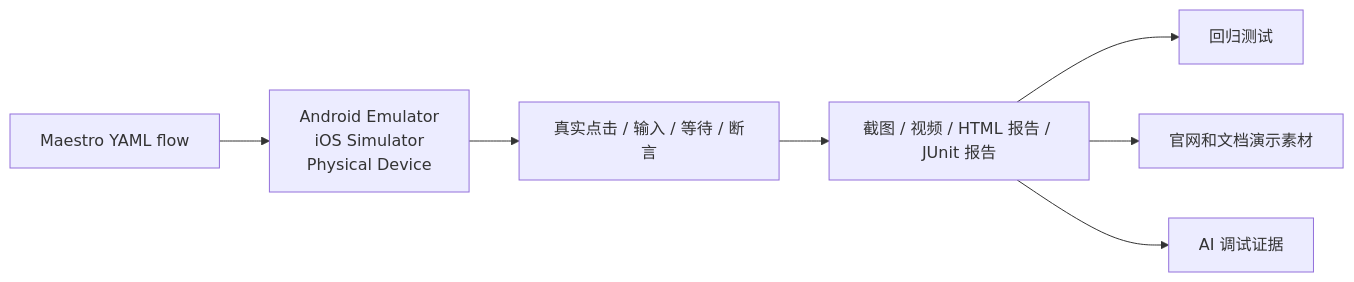
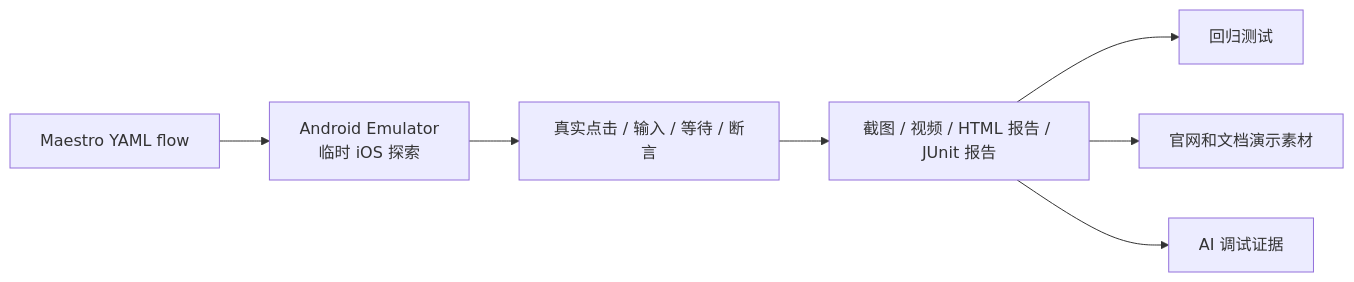
One commit to swarm-apps/SwarmDrop changed the first of 5 diagrams in mobile/dev-notes/blogs/maestro-mobile-e2e.md. Above: the diagram before and after it, drawn with Mermaid. The commit also changed other lines of this file and 13 other files, not shown here.

````diff
--- a/mobile/dev-notes/blogs/maestro-mobile-e2e.md
+++ b/mobile/dev-notes/blogs/maestro-mobile-e2e.md
@@ -19,9 +21,9 @@
 ```mermaid
 flowchart LR
-    A[Maestro YAML flow] --> B[Android Emulator<br/>iOS Simulator<br/>Physical Device]
+    A[Maestro YAML flow] --> B[Android Emulator<br/>临时 iOS 探索]
     B --> C[真实点击 / 输入 / 等待 / 断言]
     C --> D[截图 / 视频 / HTML 报告 / JUnit 报告]
     D --> E[回归测试]
     D --> F[官网和文档演示素材]
     D --> G[AI 调试证据]
 ```
````
